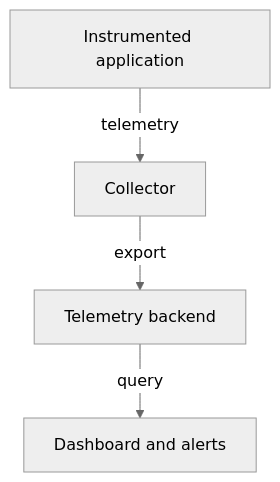
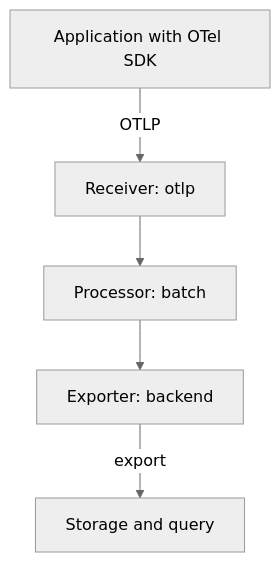
The diagram in sections/section-010/module-01/course-02-instrumentation-and-telemetry-pipelines.md (astrona-io/ATS040), drawn with Mermaid (neutral theme) before and after one commit. The commit also changed other lines of this file and 215 other files, not shown here.

````diff
--- a/sections/section-010/module-01/course-02-instrumentation-and-telemetry-pipelines.md
+++ b/sections/section-010/module-01/course-02-instrumentation-and-telemetry-pipelines.md
@@ -14,6 +22,12 @@
 ```mermaid
 flowchart TB
-    A["Instrumented application"] -->|"telemetry"| C["Collector"]
-    C -->|"export"| B["Telemetry backend"]
-    B -->|"query"| D["Dashboard and alerts"]
+  A["Application with OTel SDK"]
+  R["Receiver: otlp"]
+  P["Processor: batch"]
+  E["Exporter: backend"]
+  S["Storage and query"]
+  A -->|"OTLP"| R
+  R --> P
+  P --> E
+  E -->|"export"| S
 ```
````
